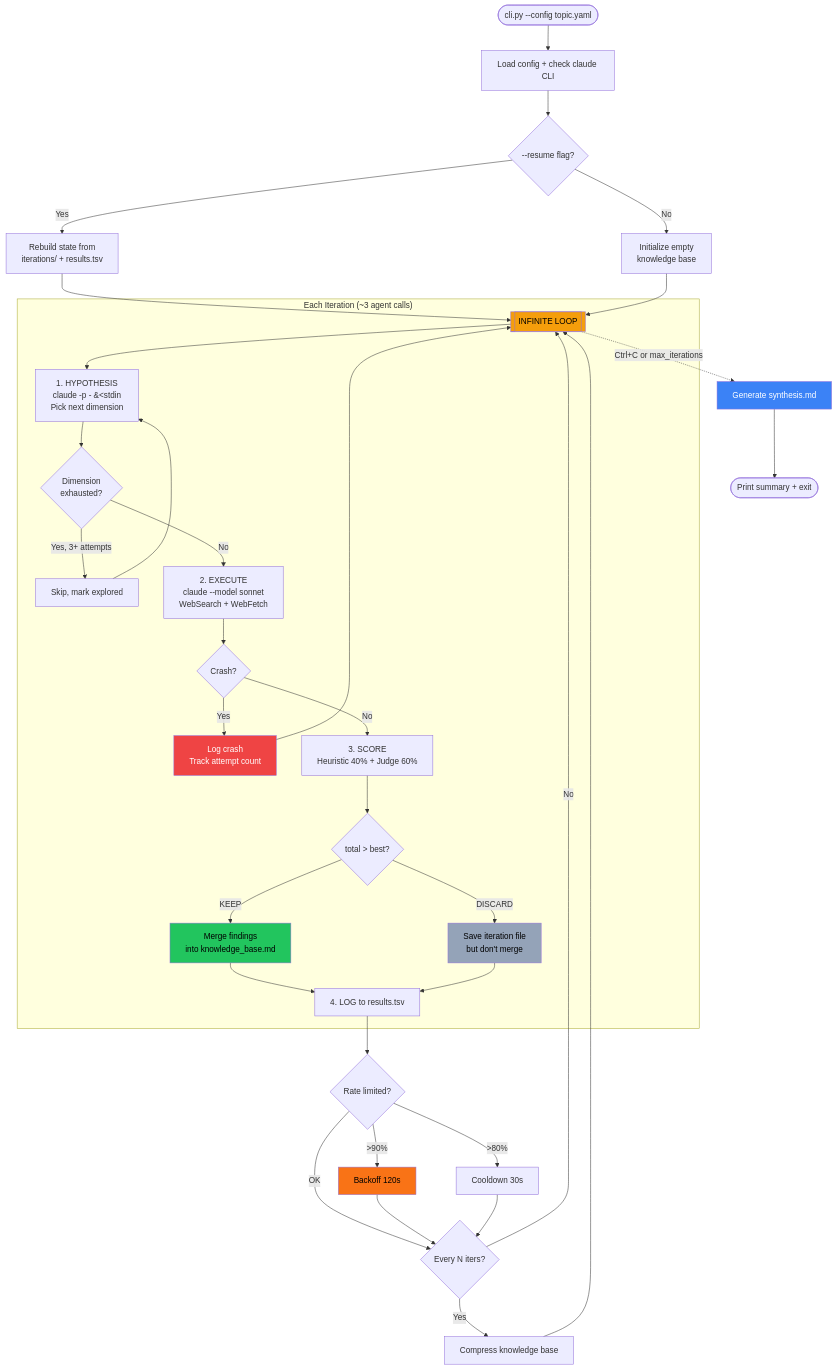
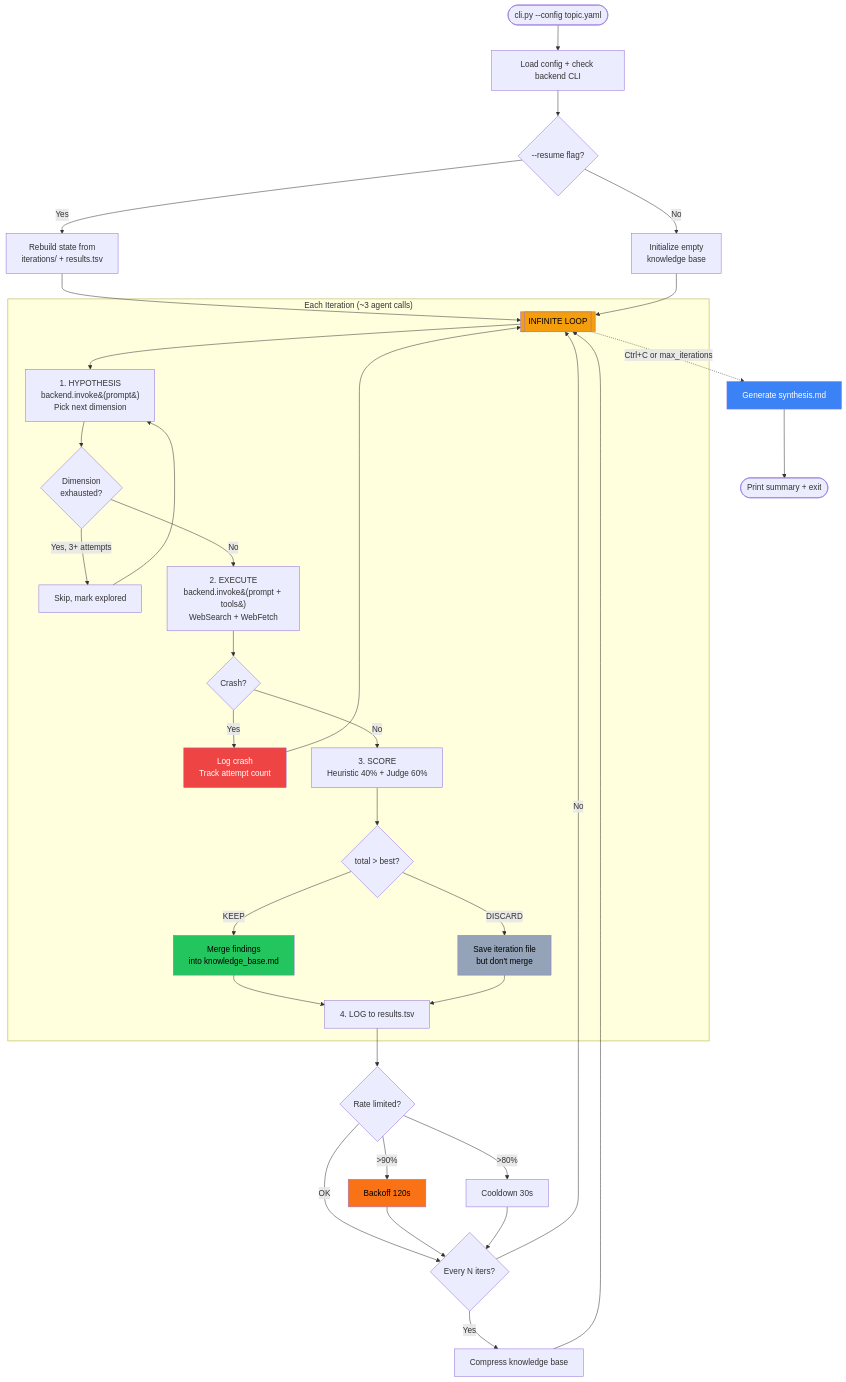
The first of 4 diagrams in README.md (josefigueredo/auto-research), drawn with Mermaid before and after one commit. The commit also changed other lines of this file and 2 other files, not shown here.

First line of the commit message:
docs: make all references backend-agnostic

````diff
--- a/README.md
+++ b/README.md
@@ -32,52 +32,52 @@
 ```mermaid
 flowchart TD
-    START([cli.py --config topic.yaml]) --> INIT[Load config + check claude CLI]
+    START([cli.py --config topic.yaml]) --> INIT[Load config + check backend CLI]
     INIT --> CHECK{--resume flag?}
     CHECK -->|Yes| RESUME[Rebuild state from<br>iterations/ + results.tsv]
     CHECK -->|No| FRESH[Initialize empty<br>knowledge base]
     RESUME --> LOOP
     FRESH --> LOOP
 
     LOOP[[INFINITE LOOP]] --> HYPO
 
     subgraph ITERATION ["Each Iteration (~3 agent calls)"]
-        HYPO[1. HYPOTHESIS<br>claude -p - &#60;stdin<br>Pick next dimension]
+        HYPO[1. HYPOTHESIS<br>backend.invoke&#40;prompt&#41;<br>Pick next dimension]
         HYPO --> EXHAUST{Dimension<br>exhausted?}
         EXHAUST -->|Yes, 3+ attempts| SKIP_DIM[Skip, mark explored]
         EXHAUST -->|No| EXEC
         SKIP_DIM --> HYPO
-        EXEC[2. EXECUTE<br>claude --model sonnet<br>WebSearch + WebFetch]
+        EXEC[2. EXECUTE<br>backend.invoke&#40;prompt + tools&#41;<br>WebSearch + WebFetch]
         EXEC --> CRASH{Crash?}
         CRASH -->|Yes| LOG_CRASH[Log crash<br>Track attempt count]
         CRASH -->|No| SCORE
         LOG_CRASH --> LOOP
         SCORE[3. SCORE<br>Heuristic 40% + Judge 60%]
         SCORE --> DECIDE{total > best?}
         DECIDE -->|KEEP| MERGE[Merge findings<br>into knowledge_base.md]
         DECIDE -->|DISCARD| SAVE[Save iteration file<br>but don't merge]
         MERGE --> LOG
         SAVE --> LOG
         LOG[4. LOG to results.tsv]
     end
 
     LOG --> RATE{Rate limited?}
     RATE -->|>90%| WAIT_LONG[Backoff 120s]
     RATE -->|>80%| WAIT_SHORT[Cooldown 30s]
     RATE -->|OK| COMPRESS
     WAIT_LONG --> COMPRESS
     WAIT_SHORT --> COMPRESS
     COMPRESS{Every N iters?}
     COMPRESS -->|Yes| SHRINK[Compress knowledge base]
     COMPRESS -->|No| LOOP
     SHRINK --> LOOP
 
     LOOP -.->|Ctrl+C or max_iterations| SYNTH[Generate synthesis.md]
     SYNTH --> DONE([Print summary + exit])
 
     style LOOP fill:#f59e0b,color:#000
     style MERGE fill:#22c55e,color:#000
     style SAVE fill:#94a3b8,color:#000
     style LOG_CRASH fill:#ef4444,color:#fff
     style SYNTH fill:#3b82f6,color:#fff
     style WAIT_LONG fill:#f97316,color:#000
 ```
````
